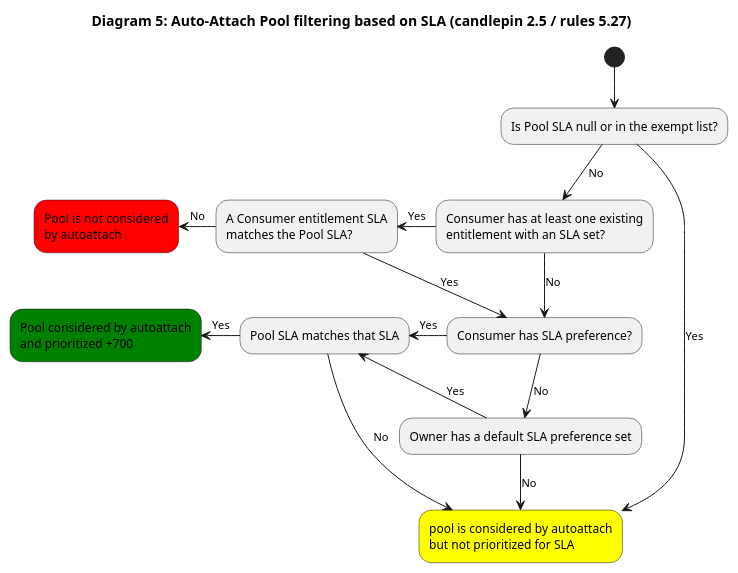
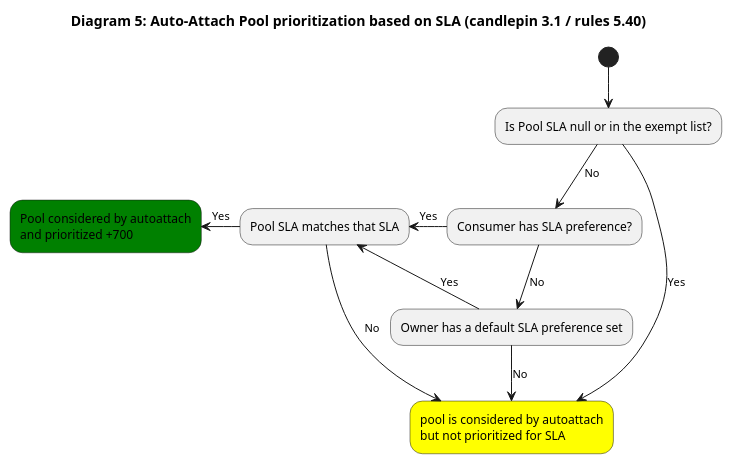
Before and after one commit to candlepin/candlepin.github.io: the fifth of 5 diagrams in docs/candlepin/autoattach.md, drawn with PlantUML. The commit also changed other lines of this file, not shown here.

Commit message:
ENT-2354: Updated documentation & diagram for mix SLAs

```diff
--- a/docs/candlepin/autoattach.md
+++ b/docs/candlepin/autoattach.md
@@ -165,25 +166,19 @@
 {% plantuml %}
 
-title Diagram 5: Auto-Attach Pool filtering based on SLA (candlepin 2.5 / rules 5.27)
+title Diagram 5: Auto-Attach Pool prioritization based on SLA (candlepin 3.1 / rules 5.40)
 
 (*) --> "Is Pool SLA null or in the exempt list?" as is_pool_sla_null_or_exempt
 
 is_pool_sla_null_or_exempt --> [Yes] "pool is considered by autoattach\nbut not prioritized for SLA" as considered_non_prioritized #yellow
-is_pool_sla_null_or_exempt --> [No] "Consumer has at least one existing\nentitlement with an SLA set?" as consumer_has_existing_entitlement_with_sla_set
-
-consumer_has_existing_entitlement_with_sla_set -left-> [Yes] "A Consumer entitlement SLA\nmatches the Pool SLA?" as consumer_entitlement_sla_matches_pool_sla
-consumer_has_existing_entitlement_with_sla_set -down-> [No] "Consumer has SLA preference?" as consumer_has_sla_preference
-
-consumer_entitlement_sla_matches_pool_sla --> [Yes] consumer_has_sla_preference
-consumer_entitlement_sla_matches_pool_sla -left-> [No] "Pool is not considered\nby autoattach" as pool_is_not_considered #red
+is_pool_sla_null_or_exempt --> [No] "Consumer has SLA preference?" as consumer_has_sla_preference
 
 consumer_has_sla_preference -left-> [Yes] "Pool SLA matches that SLA" as pool_sla_matches_that_sla
 consumer_has_sla_preference --> [No] "Owner has a default SLA preference set" as owner_has_default_sla
 
 pool_sla_matches_that_sla -left-> [Yes] "Pool considered by autoattach\nand prioritized +700" as pool_considered_and_prioritized #green
 pool_sla_matches_that_sla --> [No] considered_non_prioritized
 
 owner_has_default_sla --> [Yes] pool_sla_matches_that_sla
 owner_has_default_sla --> [No] considered_non_prioritized
 
 {% endplantuml %}
```
